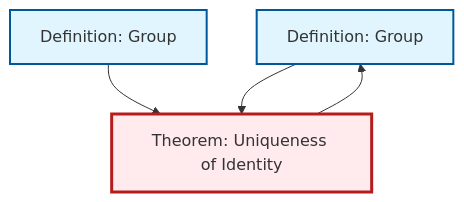
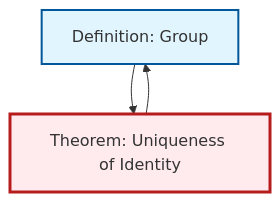
One commit to RK0429/ModernMath changed the diagram in content/en/algebra/thm-unique-identity.qmd. Above: the diagram before and after it, drawn with Mermaid. The commit also changed 530 other files, not shown here.

````diff
--- a/content/en/algebra/thm-unique-identity.qmd
+++ b/content/en/algebra/thm-unique-identity.qmd
@@ -54,18 +54,15 @@
 ```{mermaid}
 %%| fig-cap: "Local dependency graph"
 graph TD
     classDef definition fill:#e1f5fe,stroke:#01579b,stroke-width:2px
     classDef theorem fill:#f3e5f5,stroke:#4a148c,stroke-width:2px
     classDef axiom fill:#fff3e0,stroke:#e65100,stroke-width:2px
     classDef example fill:#e8f5e9,stroke:#1b5e20,stroke-width:2px
     classDef current fill:#ffebee,stroke:#b71c1c,stroke-width:3px
     def-group["Definition: Group"]:::definition
-    def-group-example["Definition: Group"]:::definition
     thm-unique-identity["Theorem: Uniqueness of Identity"]:::theorem
-    def-group-example --> thm-unique-identity
+    def-group --> thm-unique-identity
     thm-unique-identity --> def-group
-    def-group --> thm-unique-identity
     class thm-unique-identity current
     click def-group "def-group.html" "Go to Group definition"
-    click def-group-example "def-group-example.html" "Go to Group definition"
 ```
````
